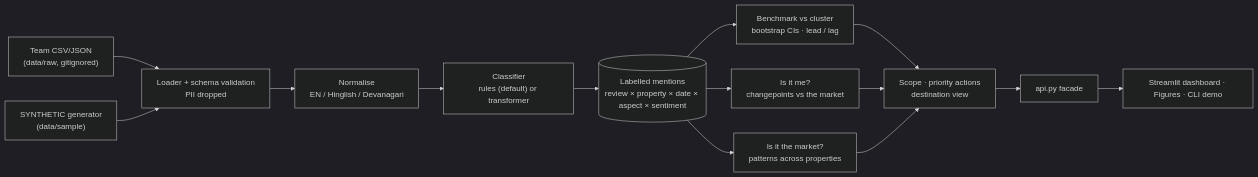
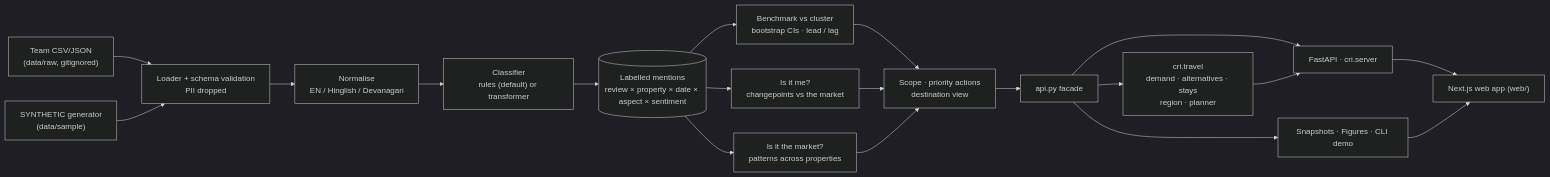
The first of 3 diagrams in README.md (AnubhavKiroula/cluster-review-intelligence), drawn with Mermaid (dark theme) before and after one commit. The commit also changed other lines of this file and 17 other files, not shown here.

First line of the commit message:
docs: product, design, AI, data, API and business docs for the travel layer

````diff
--- a/README.md
+++ b/README.md
@@ -70,16 +87,21 @@
 ```mermaid
 flowchart LR
     RAW["Team CSV/JSON<br/>(data/raw, gitignored)"] --> LD
     SYN["SYNTHETIC generator<br/>(data/sample)"] --> LD
     LD["Loader + schema validation<br/>PII dropped"] --> NR["Normalise<br/>EN / Hinglish / Devanagari"]
     NR --> CL["Classifier<br/>rules (default) or transformer"]
     CL --> LAB[("Labelled mentions<br/>review × property × date × aspect × sentiment")]
     LAB --> BM["Benchmark vs cluster<br/>bootstrap CIs · lead / lag"]
     LAB --> ME["Is it me?<br/>changepoints vs the market"]
     LAB --> MK["Is it the market?<br/>patterns across properties"]
     BM --> IN["Scope · priority actions<br/>destination view"]
     ME --> IN
     MK --> IN
     IN --> API["api.py facade"]
-    API --> OUT["Streamlit dashboard · Figures · CLI demo"]
+    API --> SRV["FastAPI · cri.server"]
+    TRV["cri.travel<br/>demand · alternatives · stays<br/>region · planner"] --> SRV
+    API --> TRV
+    SRV --> WEB["Next.js web app (web/)"]
+    API --> OUT["Snapshots · Figures · CLI demo"]
+    OUT --> WEB
 ```
````
